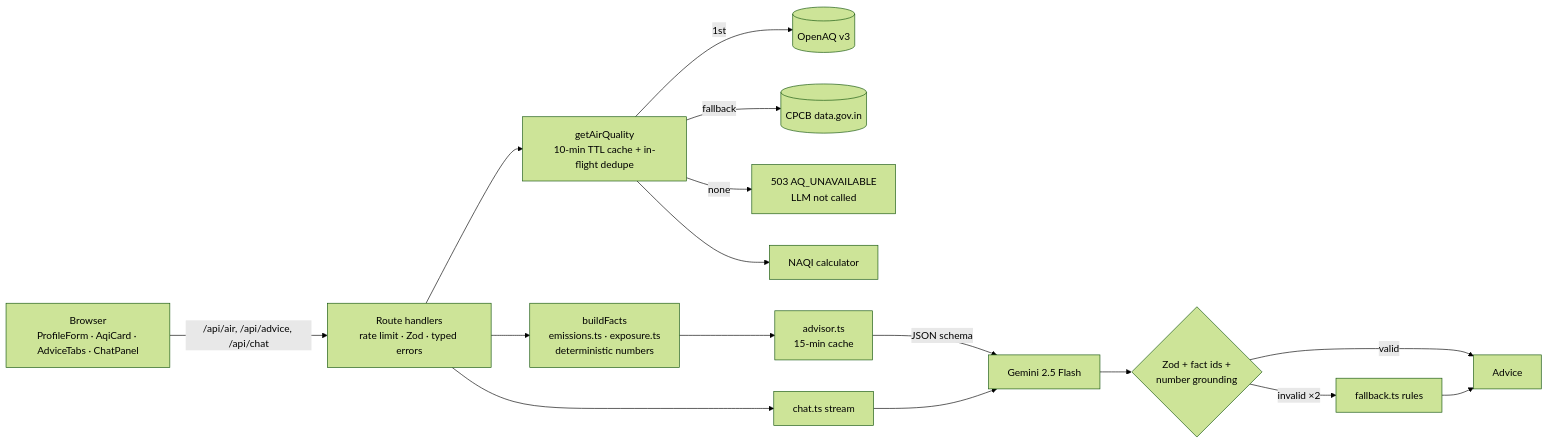
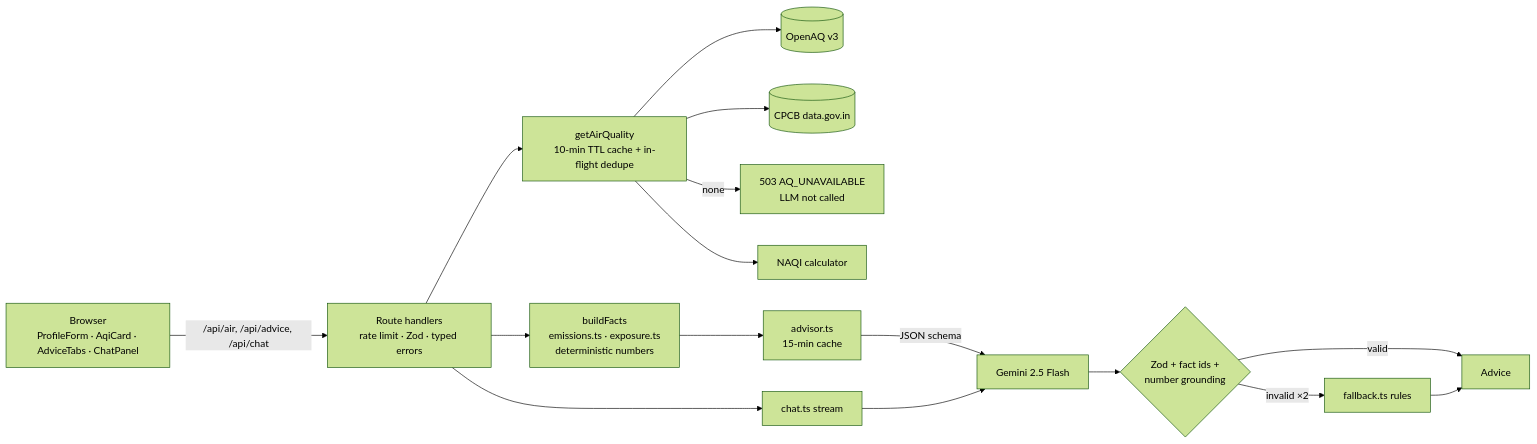
Before and after one commit to sohamsssssssssssssssss/Urban_air: the diagram in README.md, drawn with Mermaid (forest theme). The commit also changed other lines of this file and 10 other files, not shown here.

````diff
--- a/README.md
+++ b/README.md
@@ -29,17 +29,17 @@
 ```mermaid
 flowchart LR
   U[Browser<br/>ProfileForm · AqiCard · AdviceTabs · ChatPanel] -->|/api/air, /api/advice, /api/chat| R[Route handlers<br/>rate limit · Zod · typed errors]
   R --> AQ[getAirQuality<br/>10-min TTL cache + in-flight dedupe]
-  AQ -->|1st| OA[(OpenAQ v3)]
-  AQ -->|fallback| CP[(CPCB data.gov.in)]
+  AQ --> OA[(OpenAQ v3)]
+  AQ --> CP[(CPCB data.gov.in)]
   AQ -->|none| X[503 AQ_UNAVAILABLE<br/>LLM not called]
   AQ --> N[NAQI calculator]
   R --> F[buildFacts<br/>emissions.ts · exposure.ts<br/>deterministic numbers]
   F --> ADV[advisor.ts<br/>15-min cache]
   ADV -->|JSON schema| G[Gemini 2.5 Flash]
   G --> V{Zod + fact ids +<br/>number grounding}
   V -->|invalid ×2| FB[fallback.ts rules]
   V -->|valid| OUT[Advice]
   FB --> OUT
   R --> CH[chat.ts stream] --> G
 ```
````
